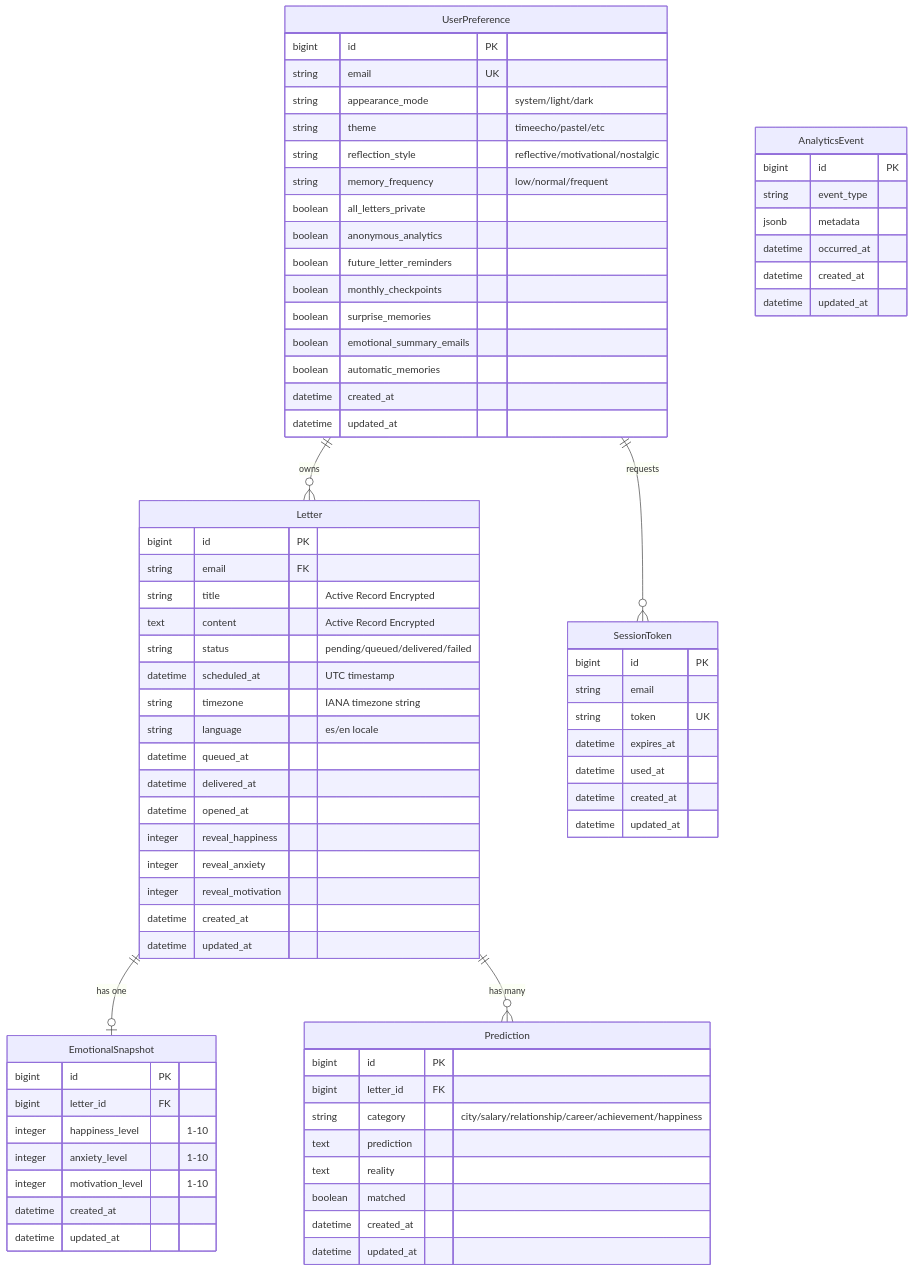
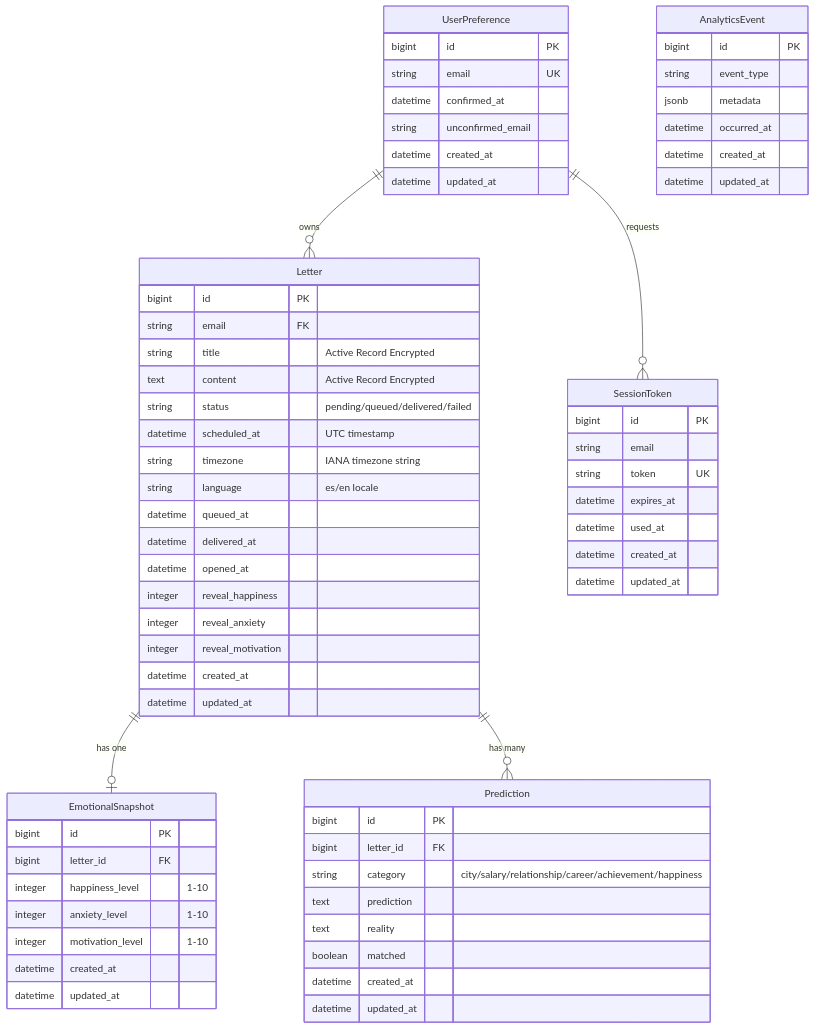
The third of 6 diagrams in docs/architecture.md (nmenag/time_echo), drawn with Mermaid before and after one commit. The commit also changed other lines of this file and 34 other files, not shown here.

```diff
--- a/docs/architecture.md
+++ b/docs/architecture.md
@@ -177,17 +177,8 @@
     UserPreference {
         bigint id PK
         string email UK
-        string appearance_mode "system/light/dark"
-        string theme "timeecho/pastel/etc"
-        string reflection_style "reflective/motivational/nostalgic"
-        string memory_frequency "low/normal/frequent"
-        boolean all_letters_private
-        boolean anonymous_analytics
-        boolean future_letter_reminders
-        boolean monthly_checkpoints
-        boolean surprise_memories
-        boolean emotional_summary_emails
-        boolean automatic_memories
+        datetime confirmed_at
+        string unconfirmed_email
         datetime created_at
         datetime updated_at
     }
```
